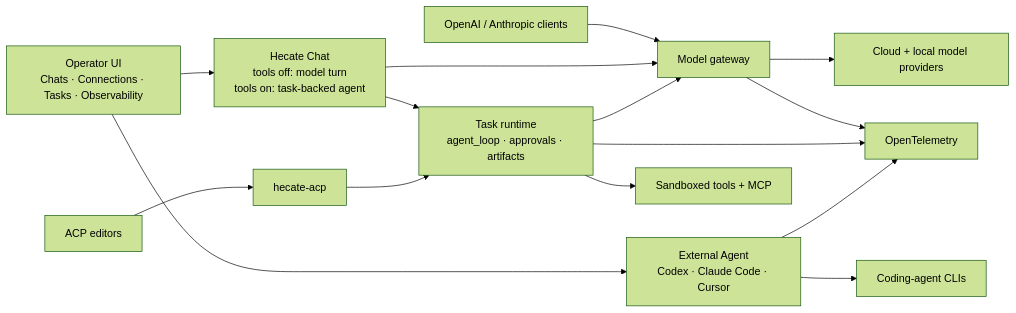
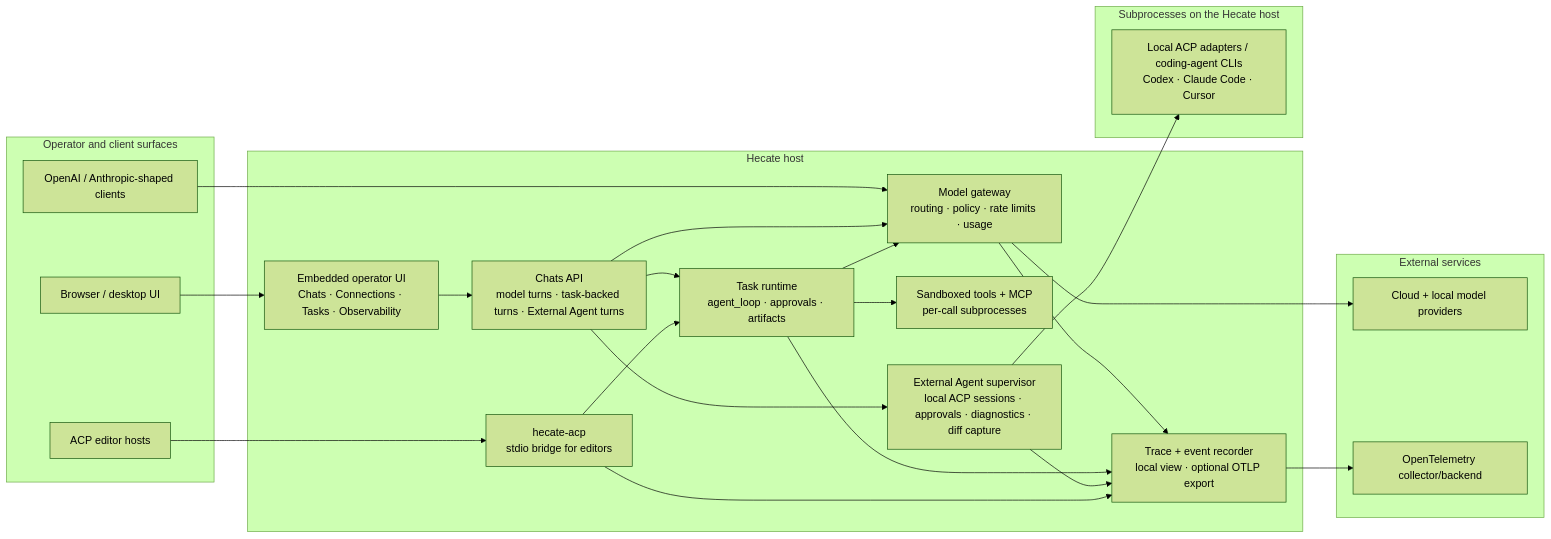
One commit to hecatehq/hecate changed the diagram in README.md. Above: the diagram before and after it, drawn with Mermaid (forest theme).

Commit message:
docs: refresh architecture diagram

````diff
--- a/README.md
+++ b/README.md
@@ -134,30 +134,49 @@
 ```mermaid
 flowchart LR
-    UI["Operator UI<br/>Chats · Connections · Tasks · Observability"]
-    Clients["OpenAI / Anthropic clients"]
-    Editors["ACP editors"]
+    subgraph Callers["Operator and client surfaces"]
+        Browser["Browser / desktop UI"]
+        APIClients["OpenAI / Anthropic-shaped clients"]
+        ACPHosts["ACP editor hosts"]
+    end
 
-    Chat["Hecate Chat<br/>tools off: model turn<br/>tools on: task-backed agent"]
-    Gateway["Model gateway"]
-    Runtime["Task runtime<br/>agent_loop · approvals · artifacts"]
-    External["External Agent<br/>Codex · Claude Code · Cursor"]
-    ACP["hecate-acp"]
+    subgraph HecateHost["Hecate host"]
+        UI["Embedded operator UI<br/>Chats · Connections · Tasks · Observability"]
+        Chat["Chats API<br/>model turns · task-backed turns · External Agent turns"]
+        Gateway["Model gateway<br/>routing · policy · rate limits · usage"]
+        Runtime["Task runtime<br/>agent_loop · approvals · artifacts"]
+        Tools["Sandboxed tools + MCP<br/>per-call subprocesses"]
+        ExternalSupervisor["External Agent supervisor<br/>local ACP sessions · approvals · diagnostics · diff capture"]
+        HecateACP["hecate-acp<br/>stdio bridge for editors"]
+        Traces["Trace + event recorder<br/>local view · optional OTLP export"]
+    end
 
+    subgraph LocalPrograms["Subprocesses on the Hecate host"]
+        AdapterCLIs["Local ACP adapters / coding-agent CLIs<br/>Codex · Claude Code · Cursor"]
+    end
+
+    subgraph ExternalServices["External services"]
+        Providers["Cloud + local model providers"]
+        OTel["OpenTelemetry collector/backend"]
+    end
+
+    Browser --> UI
     UI --> Chat
-    UI --> External
-    Clients --> Gateway
-    Editors --> ACP
+    APIClients --> Gateway
+    ACPHosts --> HecateACP
 
     Chat --> Gateway
     Chat --> Runtime
-    ACP --> Runtime
-    External --> AgentCLIs["Coding-agent CLIs"]
+    Chat --> ExternalSupervisor
+    HecateACP --> Runtime
 
     Runtime --> Gateway
-    Gateway --> Providers["Cloud + local model providers"]
-    Runtime --> Tools["Sandboxed tools + MCP"]
+    Runtime --> Tools
+    Gateway --> Providers
+    ExternalSupervisor --> AdapterCLIs
 
-    Gateway --> OTel["OpenTelemetry"]
-    Runtime --> OTel
-    External --> OTel
+    Gateway --> Traces
+    Runtime --> Traces
+    ExternalSupervisor --> Traces
+    HecateACP --> Traces
+    Traces --> OTel
 ```
````
